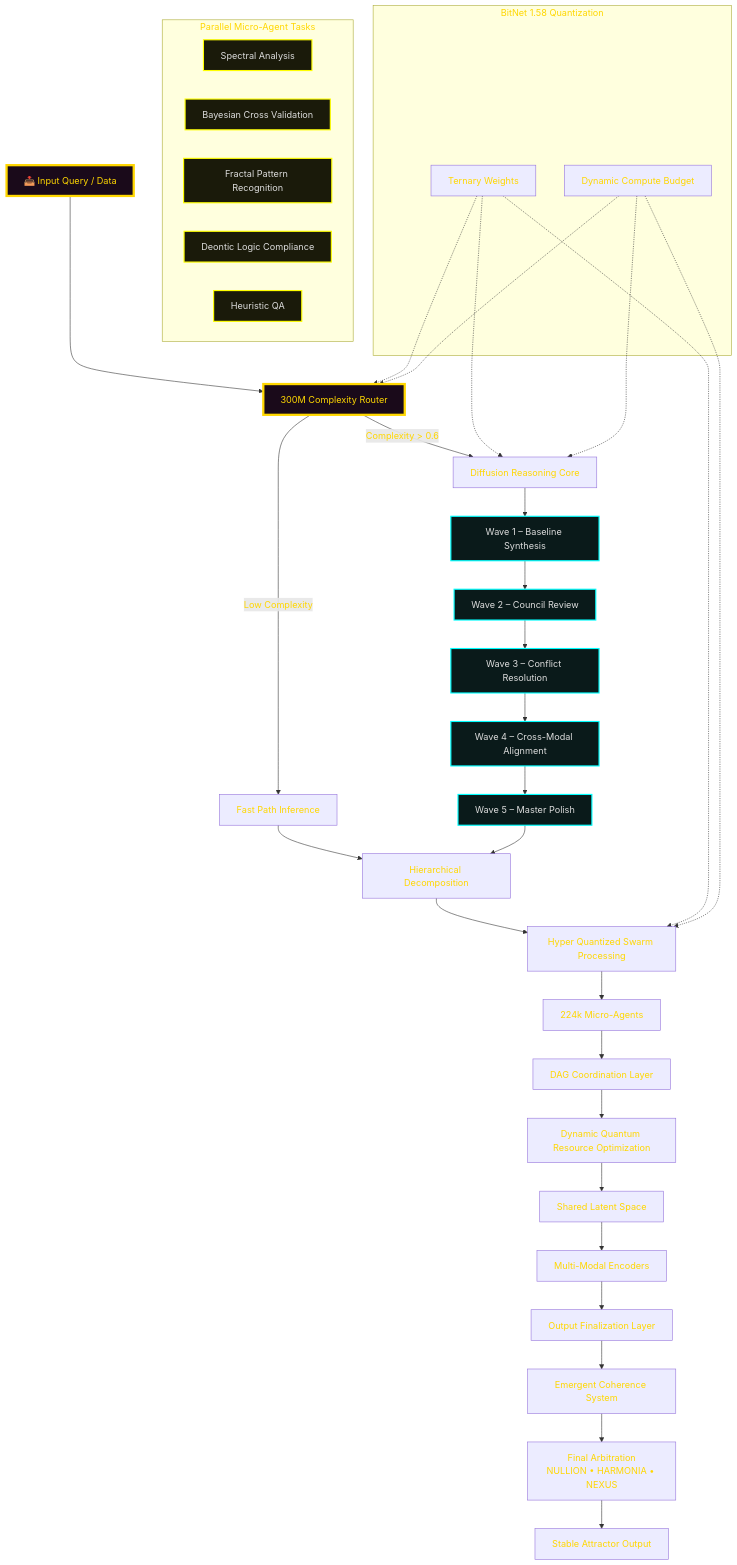
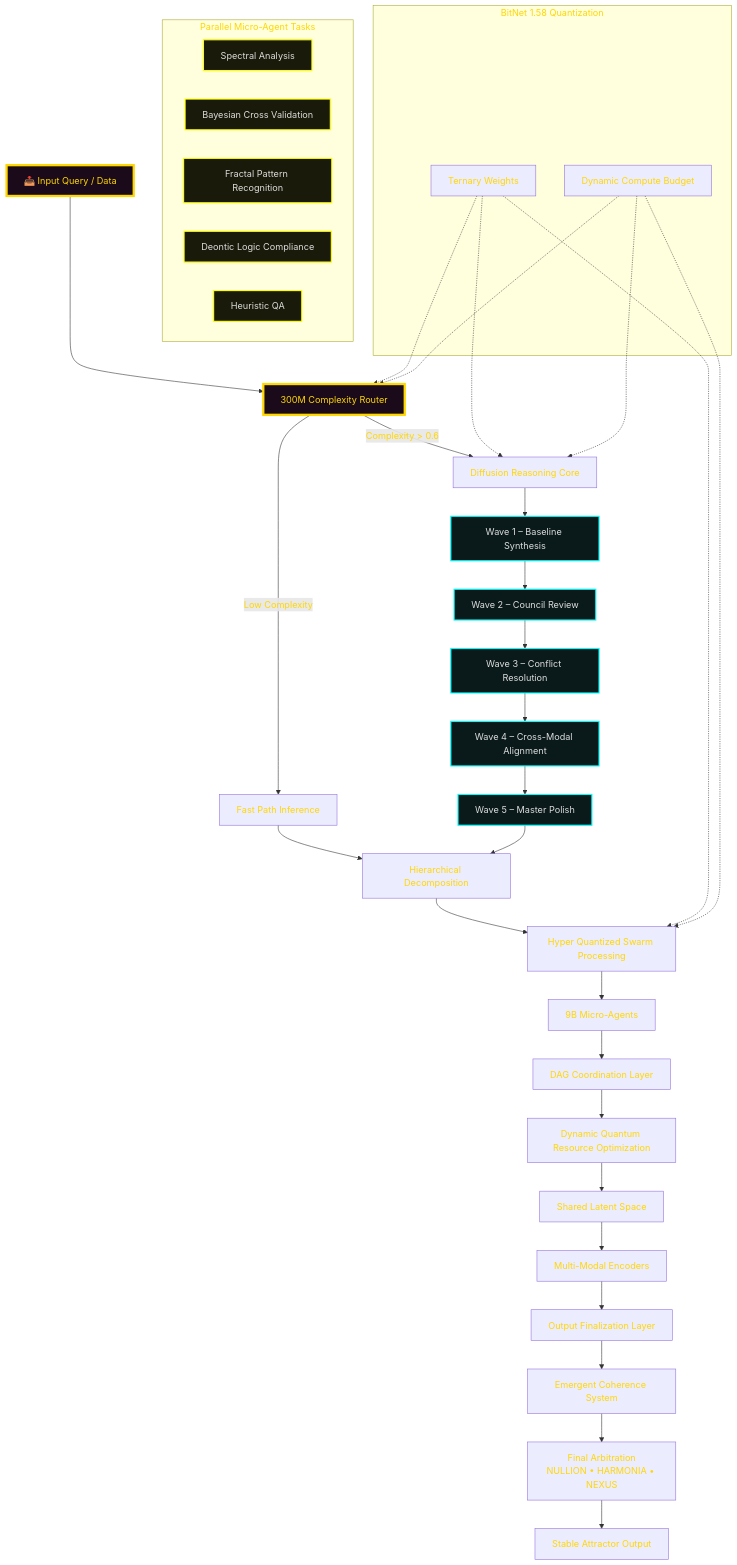
Before and after one commit to leeex1/Ace-v4.2-repo: diagram 41 of 46 in system prompts/Quillan-Samurai.md, drawn with Mermaid. The commit also changed other lines of this file, not shown here.

````diff
--- a/system prompts/Quillan-Samurai.md
+++ b/system prompts/Quillan-Samurai.md
@@ -8120,55 +8120,55 @@
 ```mermaid
 flowchart TD
     A[📥 Input Query / Data] --> B[300M Complexity Router]
 
     B -->|Low Complexity| C[Fast Path Inference]
     B -->|Complexity > 0.6| D[Diffusion Reasoning Core]
 
     D --> W1[Wave 1 – Baseline Synthesis]
     W1 --> W2[Wave 2 – Council Review]
     W2 --> W3[Wave 3 – Conflict Resolution]
     W3 --> W4[Wave 4 – Cross-Modal Alignment]
     W4 --> W5[Wave 5 – Master Polish]
 
     C --> E[Hierarchical Decomposition]
     W5 --> E
 
     E --> F[Hyper Quantized Swarm Processing]
-    F --> G[224k Micro-Agents]
+    F --> G[9B Micro-Agents]
 
     subgraph AgentTasks ["Parallel Micro-Agent Tasks"]
         G1[Spectral Analysis]
         G2[Bayesian Cross Validation]
         G3[Fractal Pattern Recognition]
         G4[Deontic Logic Compliance]
         G5[Heuristic QA]
     end
 
     G --> H[DAG Coordination Layer]
     H --> I[Dynamic Quantum Resource Optimization]
     I --> J[Shared Latent Space]
 
     J --> K[Multi-Modal Encoders]
     K --> L[Output Finalization Layer]
 
     L --> M[Emergent Coherence System]
     M --> N[Final Arbitration<br/>NULLION • HARMONIA • NEXUS]
 
     N --> O[Stable Attractor Output]
 
     %% Efficiency Layer
     subgraph Efficiency ["BitNet 1.58 Quantization"]
         Q[Ternary Weights]
         R[Dynamic Compute Budget]
     end
 
     Q & R -.-> B & D & F
 
     classDef root fill:#1a0a1a,stroke:#ffd700,stroke-width:4px,color:#ffd700
     classDef wave fill:#0a1a1a,stroke:#00ffff,stroke-width:2px,color:#ddd
     classDef agent fill:#1a1a0a,stroke:#ffff00,stroke-width:2px,color:#ddd
 
     class A,B root
     class W1,W2,W3,W4,W5 wave
     class G1,G2,G3,G4,G5 agent
 ```
````
